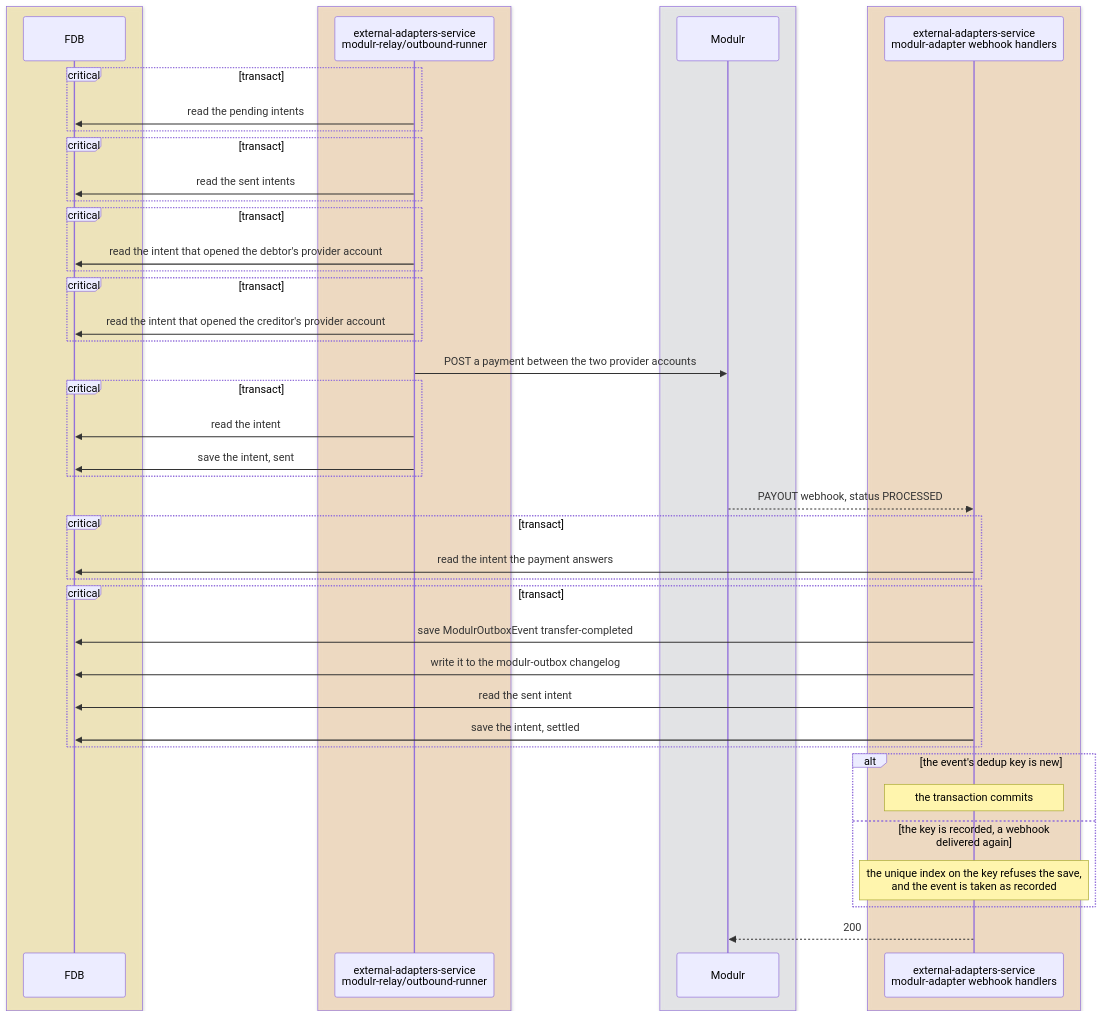
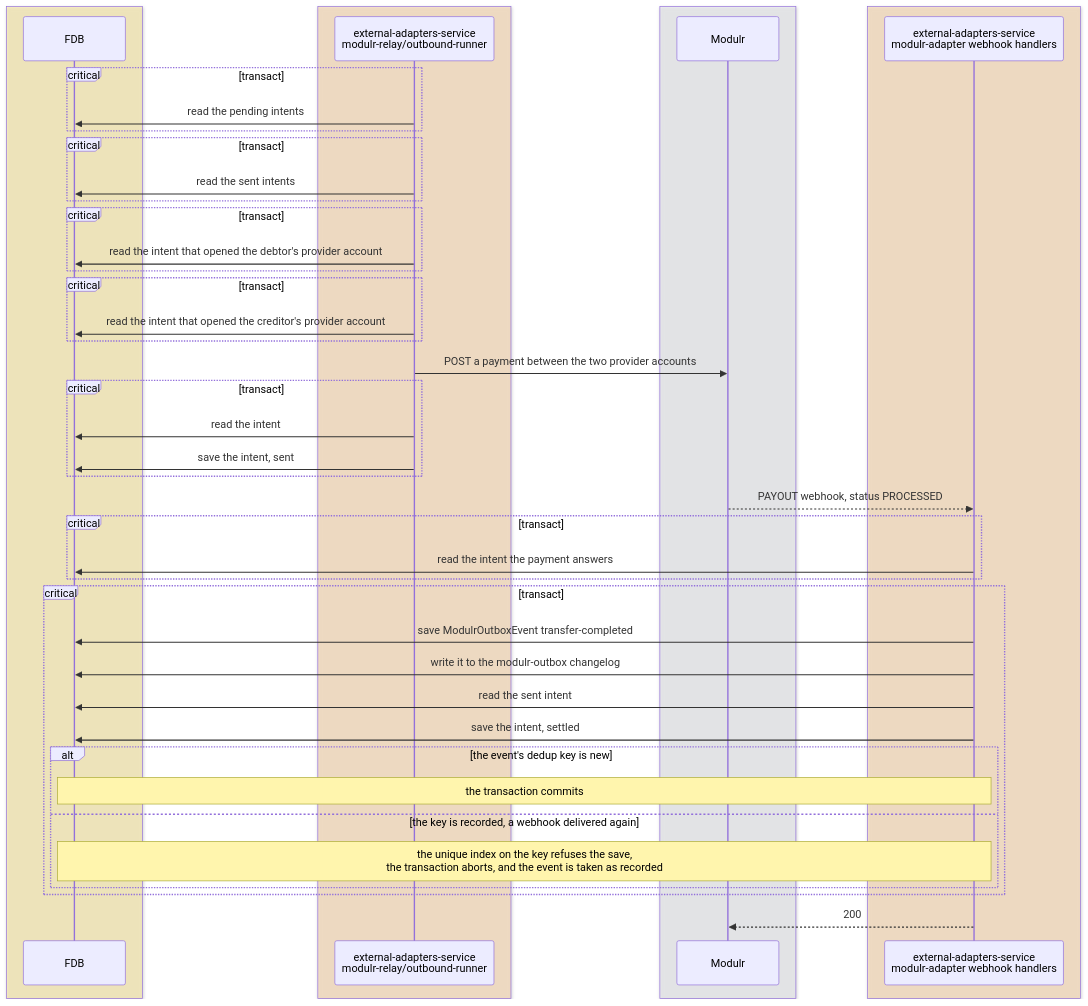
The sixth of 7 diagrams in docs/tdd/payments-internal.md (repldriven/queenswood), drawn with Mermaid before and after one commit. The commit also changed other lines of this file, not shown here.

Commit message:
Decide a dedup key inside the transaction that saves it

````diff
--- a/docs/tdd/payments-internal.md
+++ b/docs/tdd/payments-internal.md
@@ -305,48 +307,48 @@
 ```mermaid
 sequenceDiagram
     box rgba(255, 236, 153, 0.5)
     participant DB as FDB
     end
     box rgba(255, 216, 168, 0.5)
     participant IP as external-adapters-service<br/>modulr-relay/outbound-runner
     end
     box rgba(233, 236, 239, 0.5)
     participant PR as Modulr
     end
     box rgba(255, 216, 168, 0.5)
     participant WH as external-adapters-service<br/>modulr-adapter webhook handlers
     end
     critical transact
     IP->>DB: read the pending intents
     end
     critical transact
     IP->>DB: read the sent intents
     end
     critical transact
     IP->>DB: read the intent that opened the debtor's provider account
     end
     critical transact
     IP->>DB: read the intent that opened the creditor's provider account
     end
     IP->>PR: POST a payment between the two provider accounts
     critical transact
     IP->>DB: read the intent
     IP->>DB: save the intent, sent
     end
     PR-->>WH: PAYOUT webhook, status PROCESSED
     critical transact
     WH->>DB: read the intent the payment answers
     end
     critical transact
     WH->>DB: save ModulrOutboxEvent transfer-completed
     WH->>DB: write it to the modulr-outbox changelog
     WH->>DB: read the sent intent
     WH->>DB: save the intent, settled
+    alt the event's dedup key is new
+    Note over WH,DB: the transaction commits
+    else the key is recorded, a webhook delivered again
+    Note over WH,DB: the unique index on the key refuses the save,<br/>the transaction aborts, and the event is taken as recorded
     end
-    alt the event's dedup key is new
-    Note over WH: the transaction commits
-    else the key is recorded, a webhook delivered again
-    Note over WH: the unique index on the key refuses the save,<br/>and the event is taken as recorded
     end
     WH-->>PR: 200
 ```
````
